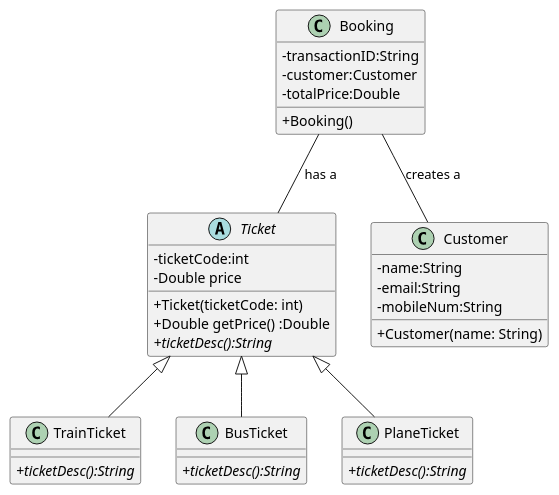
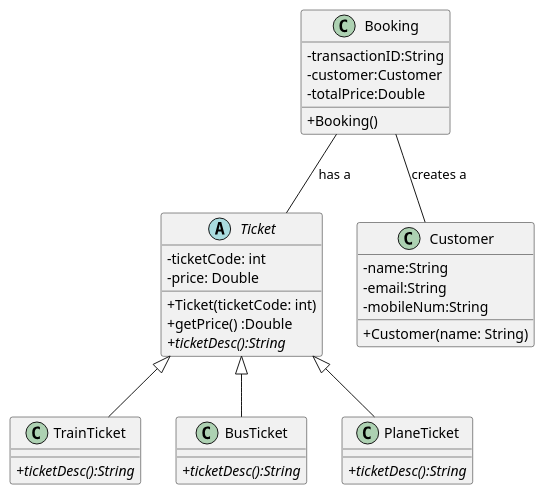
One commit to emilyswitzer/JavaJumpGame changed the diagram in src/Decorator.puml. Above: the diagram before and after it, drawn with PlantUML. The commit also changed 26 other files, not shown here.

```diff
--- a/src/Decorator.puml
+++ b/src/Decorator.puml
@@ -1,51 +1,51 @@
 @startuml
 skinparam classAttributeIconSize 0
 abstract class Ticket{
--ticketCode:int
--Double price
+-ticketCode: int
+-price: Double
 
 +Ticket(ticketCode: int)
-+Double getPrice() :Double
++getPrice() :Double
 +{abstract} ticketDesc():String
 
 }
 
 class TrainTicket{
 +{abstract} ticketDesc():String
 }
 
 class BusTicket{
 +{abstract} ticketDesc():String
 }
 
 class PlaneTicket{
 +{abstract} ticketDesc():String
 }
 
 class Customer{
 -name:String
 -email:String
 -mobileNum:String
 +Customer(name: String)
 }
 
 class Booking{
 -transactionID:String
 -customer:Customer
 -totalPrice:Double
 +Booking()
 }
 
 Booking -- Ticket : has a
 Booking -- Customer : creates a
 
 Ticket <|-- BusTicket
 Ticket <|-- TrainTicket
 Ticket <|-- PlaneTicket
 
 
 
 
 
 
 @enduml
```
